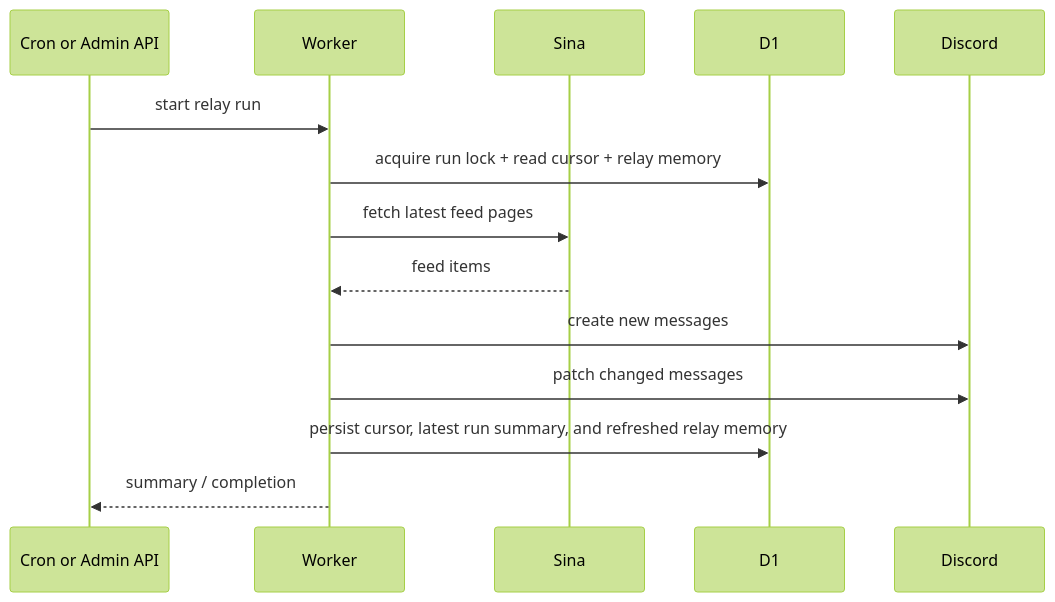
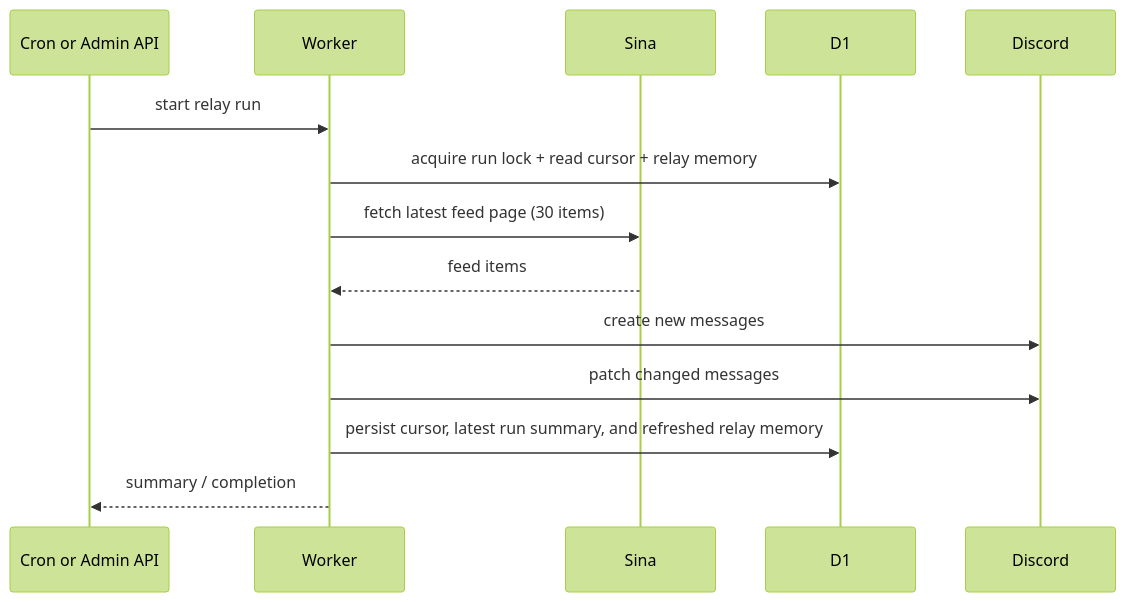
The second of 2 diagrams in ARCHITECTURE.md (virtuecho/sina7x24-discord-relay), drawn with Mermaid (forest theme) before and after one commit. The commit also changed other lines of this file and 5 other files, not shown here.

````diff
--- a/ARCHITECTURE.md
+++ b/ARCHITECTURE.md
@@ -48,17 +48,17 @@
 ```mermaid
 sequenceDiagram
   participant Trigger as Cron or Admin API
   participant Worker
   participant Sina
   participant D1
   participant Discord
 
   Trigger->>Worker: start relay run
   Worker->>D1: acquire run lock + read cursor + relay memory
-  Worker->>Sina: fetch latest feed pages
+  Worker->>Sina: fetch latest feed page (30 items)
   Sina-->>Worker: feed items
   Worker->>Discord: create new messages
   Worker->>Discord: patch changed messages
   Worker->>D1: persist cursor, latest run summary, and refreshed relay memory
   Worker-->>Trigger: summary / completion
 ```
````
